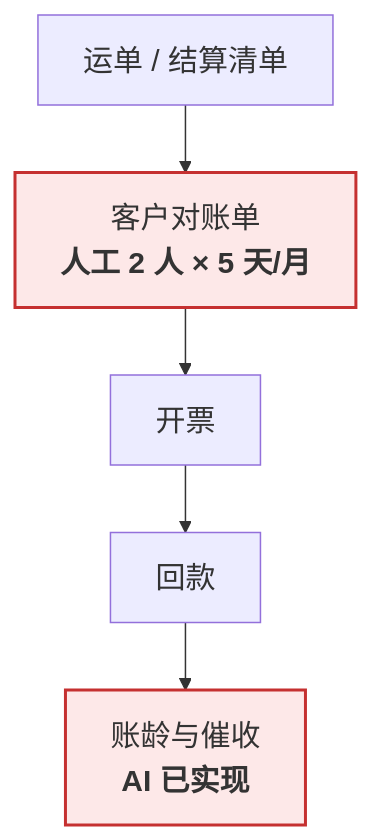
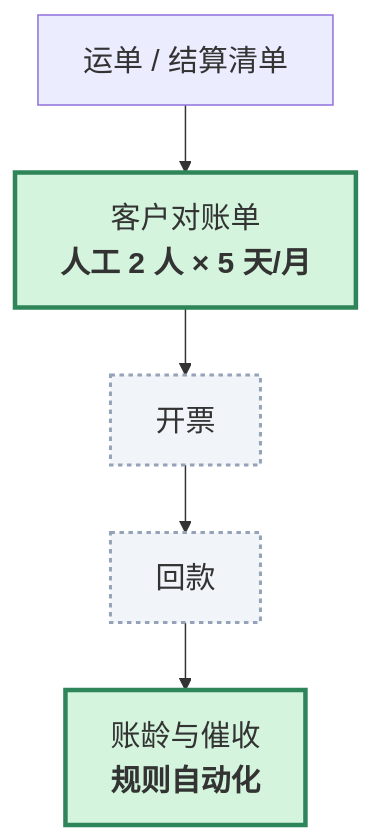
Before and after one commit to roma007/Enterprise-AI: the second of 4 diagrams in 会客包/10_业务与财务流程图.md, drawn with Mermaid. The commit also changed other lines of this file and 169 other files, not shown here.

````diff
--- a/会客包/10_业务与财务流程图.md
+++ b/会客包/10_业务与财务流程图.md
@@ -78,14 +79,16 @@
 ```mermaid
 %%{init: {"themeVariables": {"fontSize": "20px", "fontFamily": "-apple-system, \"PingFang SC\", sans-serif"}, "flowchart": {"useMaxWidth": false, "nodeSpacing": 50, "rankSpacing": 45, "wrappingWidth": 340, "htmlLabels": true}}}%%
 flowchart TB
   R1["运单 / 结算清单"]
   R2["客户对账单<br/><b>人工 2 人 × 5 天/月</b>"]
   R3["开票"]
   R4["回款"]
-  R5["账龄与催收<br/><b>AI 已实现</b>"]
+  R5["账龄与催收<br/><b>规则自动化</b>"]
 
   R1 --> R2 --> R3 --> R4 --> R5
 
-  classDef pain fill:#fde8e8,stroke:#c53030,stroke-width:2px
-  class R2,R5 pain
+  classDef done fill:#d4f4dd,stroke:#2f855a,stroke-width:3px
+  classDef out fill:#f1f5f9,stroke:#94a3b8,stroke-width:2px,stroke-dasharray:3 3
+  class R2,R5 done
+  class R3,R4 out
 ```
````
